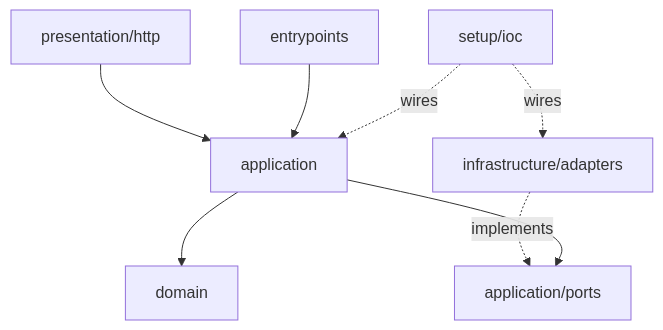
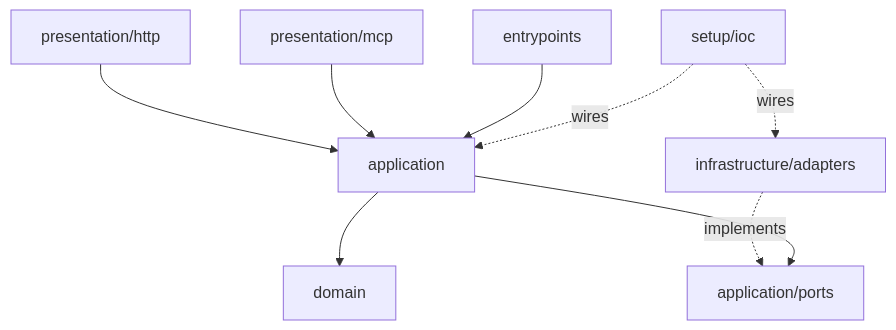
Before and after one commit to archievega/evenkeel: the diagram in README.md, drawn with Mermaid. The commit also changed other lines of this file and 20 other files, not shown here.

````diff
--- a/README.md
+++ b/README.md
@@ -62,10 +62,11 @@
 ```mermaid
 flowchart TD
     HTTP[presentation/http] --> APP[application]
+    MCP[presentation/mcp] --> APP
     CLI[entrypoints] --> APP
     APP --> DOM[domain]
     INFRA[infrastructure/adapters] -.implements.-> PORTS[application/ports]
     APP --> PORTS
     SETUP[setup/ioc] -.wires.-> INFRA
     SETUP -.wires.-> APP
 ```
````
